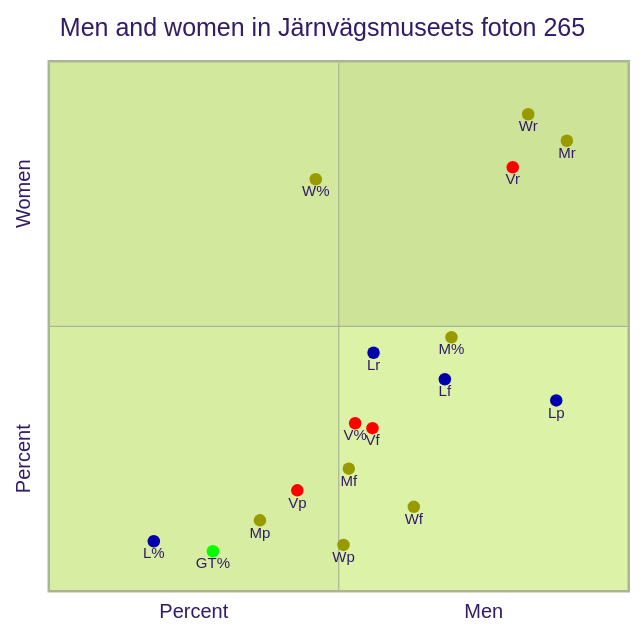
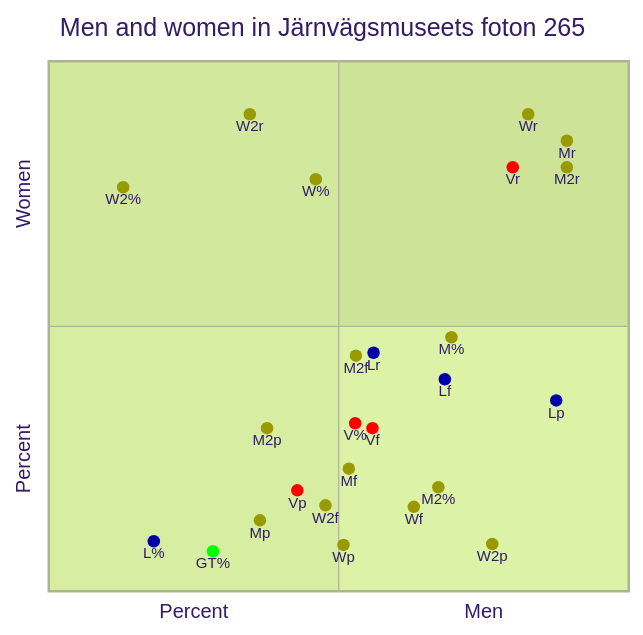
One commit to Modern36/tropes_1500 changed the second of 11 diagrams in browser/scatter.md. Above: the diagram before and after it, drawn with Mermaid (forest theme). The commit also changed other lines of this file and 319 other files, not shown here.

````diff
--- a/browser/scatter.md
+++ b/browser/scatter.md
@@ -43,24 +51,32 @@
 ```mermaid
 quadrantChart
     title Men and women in Järnvägsmuseets foton 265
     x-axis Percent --> Men
     y-axis Percent --> Women
     M%: [0.6943396226415094, 0.47924528301886793] color: #999900
+    M2%: [0.6716981132075471, 0.19622641509433963] color: #999900
     W%: [0.46037735849056605, 0.7773584905660378] color: #999900
+    W2%: [0.12830188679245283, 0.7622641509433963] color: #999900
     GT%: [0.2830188679245283, 0.07547169811320754] color: #00FF00
     V%: [0.5283018867924528, 0.3169811320754717] color: #FF0000
     L%: [0.1811320754716981, 0.09433962264150944] color: #0000AA
-    Lf: [0.6829268292682927, 0.4]  color: #0000AA
+    Lf: [0.6829268292682927, 0.39999999999999997]  color: #0000AA
     Lp: [0.875, 0.36]  color: #0000AA
     Lr: [0.56, 0.45]  color: #0000AA
     Vf: [0.5581395348837209, 0.3076923076923077]  color: #FF0000
     Vp: [0.42857142857142855, 0.19047619047619047]  color: #FF0000
     Vr: [0.8, 0.8]  color: #FF0000
-    Wf: [0.6294416243654822, 0.1592920353982301]  color: #999900
+    W2f: [0.4770642201834862, 0.16216216216216217]  color: #999900
+    W2p: [0.7647058823529411, 0.0891089108910891]  color: #999900
+    W2r: [0.3466666666666667, 0.9]  color: #999900
+    Wf: [0.6294416243654822, 0.15929203539823011]  color: #999900
     Wp: [0.5081967213114754, 0.08737864077669903]  color: #999900
     Wr: [0.8266666666666667, 0.9]  color: #999900
-    Mf: [0.5173745173745173, 0.23129251700680273]  color: #999900
+    M2f: [0.5296442687747035, 0.4444444444444444]  color: #999900
+    M2p: [0.37640449438202245, 0.3076923076923077]  color: #999900
+    M2r: [0.8933333333333333, 0.8]  color: #999900
+    Mf: [0.5173745173745175, 0.23129251700680276]  color: #999900
     Mp: [0.3641304347826087, 0.13385826771653545]  color: #999900
     Mr: [0.8933333333333333, 0.85]  color: #999900
 
 ```
````
